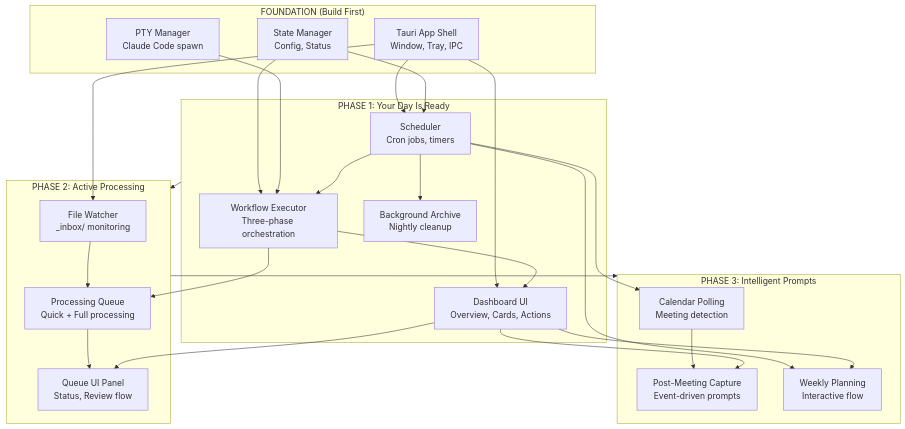
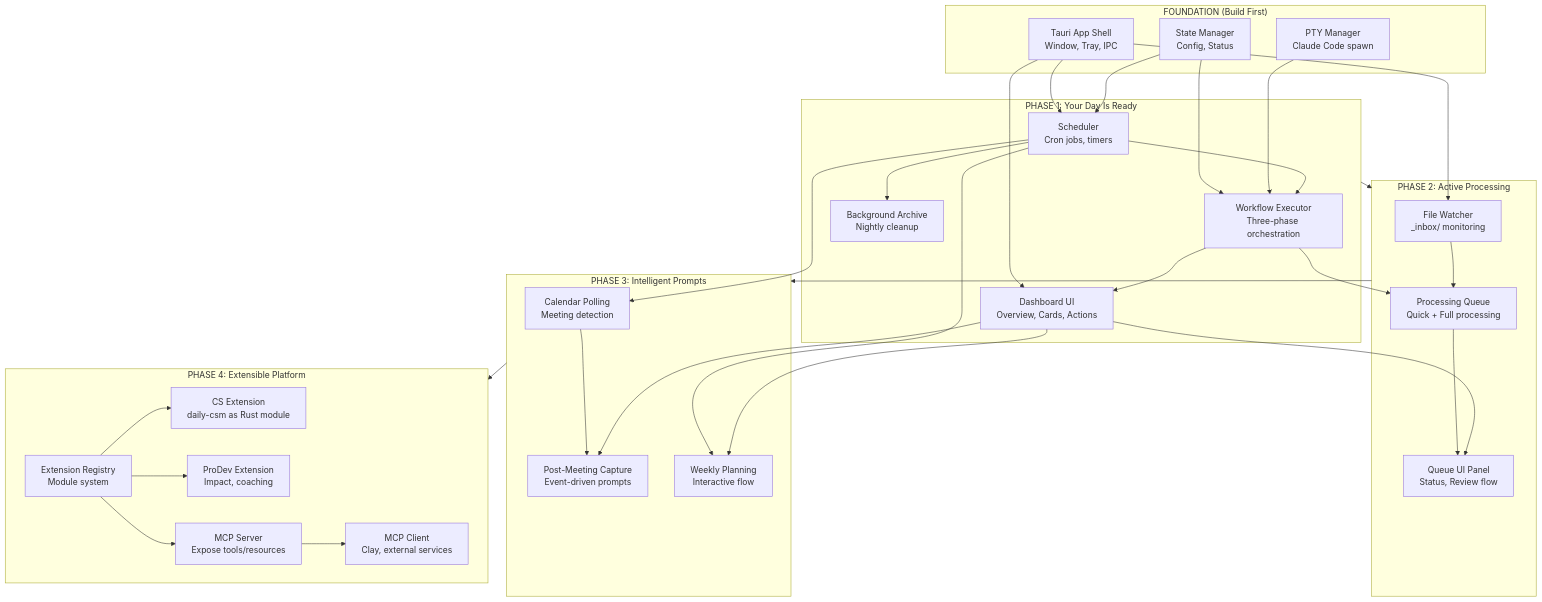
One commit to jamesgiroux/daily-operating-system changed the diagram in daybreak/docs/ROADMAP.md. Above: the diagram before and after it, drawn with Mermaid. The commit also changed other lines of this file and 32 other files, not shown here.

````diff
--- a/daybreak/docs/ROADMAP.md
+++ b/daybreak/docs/ROADMAP.md
@@ -31,50 +32,63 @@
 ```mermaid
 flowchart TB
     subgraph Foundation["FOUNDATION (Build First)"]
         Shell["Tauri App Shell<br/>Window, Tray, IPC"]
         State["State Manager<br/>Config, Status"]
         PTY["PTY Manager<br/>Claude Code spawn"]
     end
 
     subgraph Phase1["PHASE 1: Your Day Is Ready"]
         Scheduler["Scheduler<br/>Cron jobs, timers"]
         Executor["Workflow Executor<br/>Three-phase orchestration"]
         Dashboard["Dashboard UI<br/>Overview, Cards, Actions"]
         Archive["Background Archive<br/>Nightly cleanup"]
 
         Shell --> Scheduler
         Shell --> Dashboard
         State --> Scheduler
         State --> Executor
         PTY --> Executor
         Scheduler --> Executor
         Executor --> Dashboard
         Scheduler --> Archive
     end
 
     subgraph Phase2["PHASE 2: Active Processing"]
         Watcher["File Watcher<br/>_inbox/ monitoring"]
         Queue["Processing Queue<br/>Quick + Full processing"]
         QueueUI["Queue UI Panel<br/>Status, Review flow"]
 
         Shell --> Watcher
         Watcher --> Queue
         Executor --> Queue
         Queue --> QueueUI
         Dashboard --> QueueUI
     end
 
     subgraph Phase3["PHASE 3: Intelligent Prompts"]
         Calendar["Calendar Polling<br/>Meeting detection"]
         PostMeeting["Post-Meeting Capture<br/>Event-driven prompts"]
         WeeklyPlan["Weekly Planning<br/>Interactive flow"]
 
         Scheduler --> Calendar
         Calendar --> PostMeeting
         Dashboard --> PostMeeting
         Scheduler --> WeeklyPlan
         Dashboard --> WeeklyPlan
     end
 
-    Phase1 --> Phase2 --> Phase3
+    Phase1 --> Phase2 --> Phase3 --> Phase4
+
+    subgraph Phase4["PHASE 4: Extensible Platform"]
+        ExtReg["Extension Registry<br/>Module system"]
+        CSExt["CS Extension<br/>daily-csm as Rust module"]
+        ProDevExt["ProDev Extension<br/>Impact, coaching"]
+        MCPServer["MCP Server<br/>Expose tools/resources"]
+        MCPClient["MCP Client<br/>Clay, external services"]
+
+        ExtReg --> CSExt
+        ExtReg --> ProDevExt
+        ExtReg --> MCPServer
+        MCPServer --> MCPClient
+    end
 ```
````
